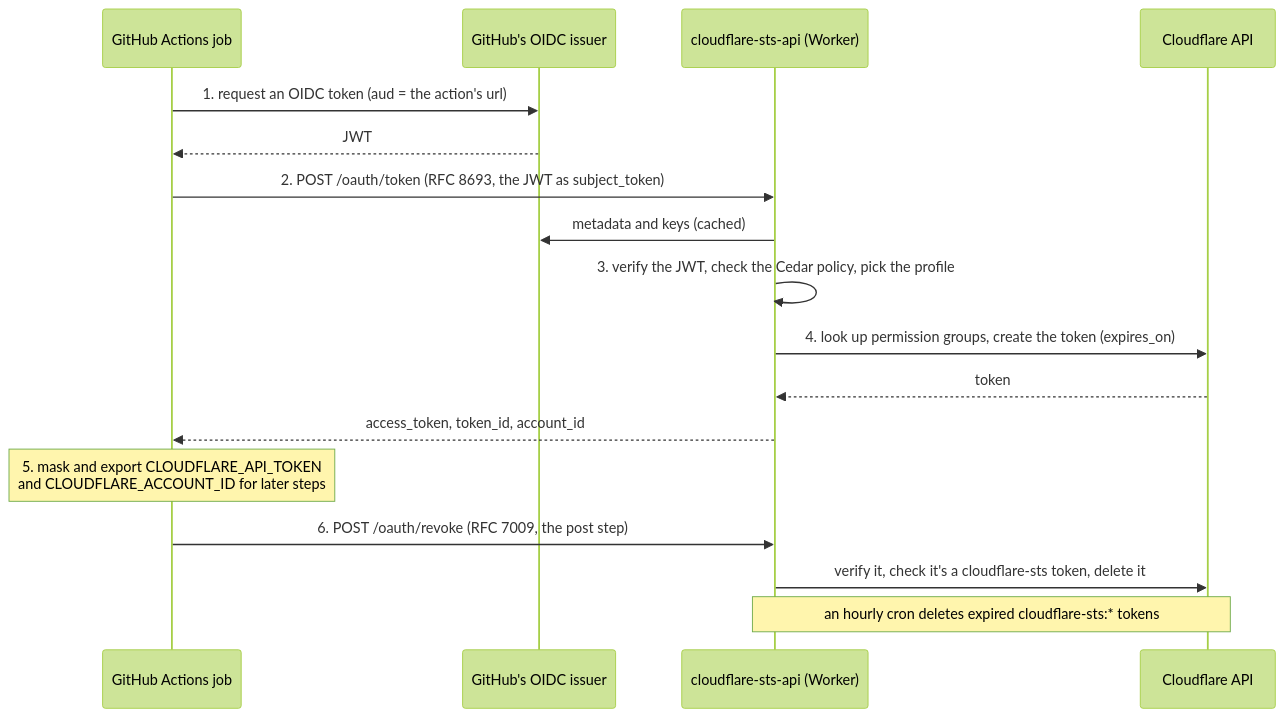
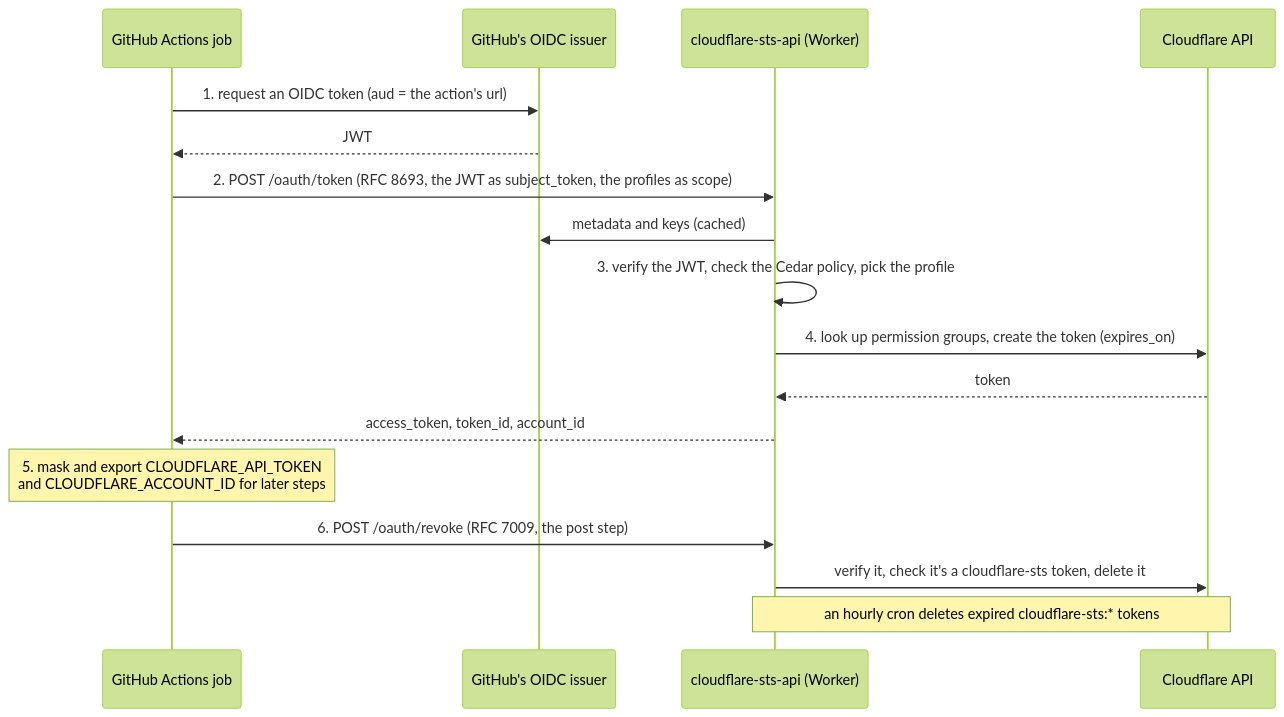
Before and after one commit to cf-contrib/cloudflare-sts: the diagram in README.md, drawn with Mermaid (forest theme). The commit also changed other lines of this file and 9 other files, not shown here.

````diff
--- a/README.md
+++ b/README.md
@@ -46,20 +48,20 @@
 ```mermaid
 sequenceDiagram
     participant Job as GitHub Actions job
     participant OIDC as GitHub's OIDC issuer
     participant Broker as cloudflare-sts-api (Worker)
     participant CF as Cloudflare API
 
     Job->>OIDC: 1. request an OIDC token (aud = the action's url)
     OIDC-->>Job: JWT
-    Job->>Broker: 2. POST /oauth/token (RFC 8693, the JWT as subject_token)
+    Job->>Broker: 2. POST /oauth/token (RFC 8693, the JWT as subject_token, the profiles as scope)
     Broker->>OIDC: metadata and keys (cached)
     Broker->>Broker: 3. verify the JWT, check the Cedar policy, pick the profile
     Broker->>CF: 4. look up permission groups, create the token (expires_on)
     CF-->>Broker: token
     Broker-->>Job: access_token, token_id, account_id
     Note over Job: 5. mask and export CLOUDFLARE_API_TOKEN<br/>and CLOUDFLARE_ACCOUNT_ID for later steps
     Job->>Broker: 6. POST /oauth/revoke (RFC 7009, the post step)
     Broker->>CF: verify it, check it's a cloudflare-sts token, delete it
     Note over Broker,CF: an hourly cron deletes expired cloudflare-sts:* tokens
 ```
````
